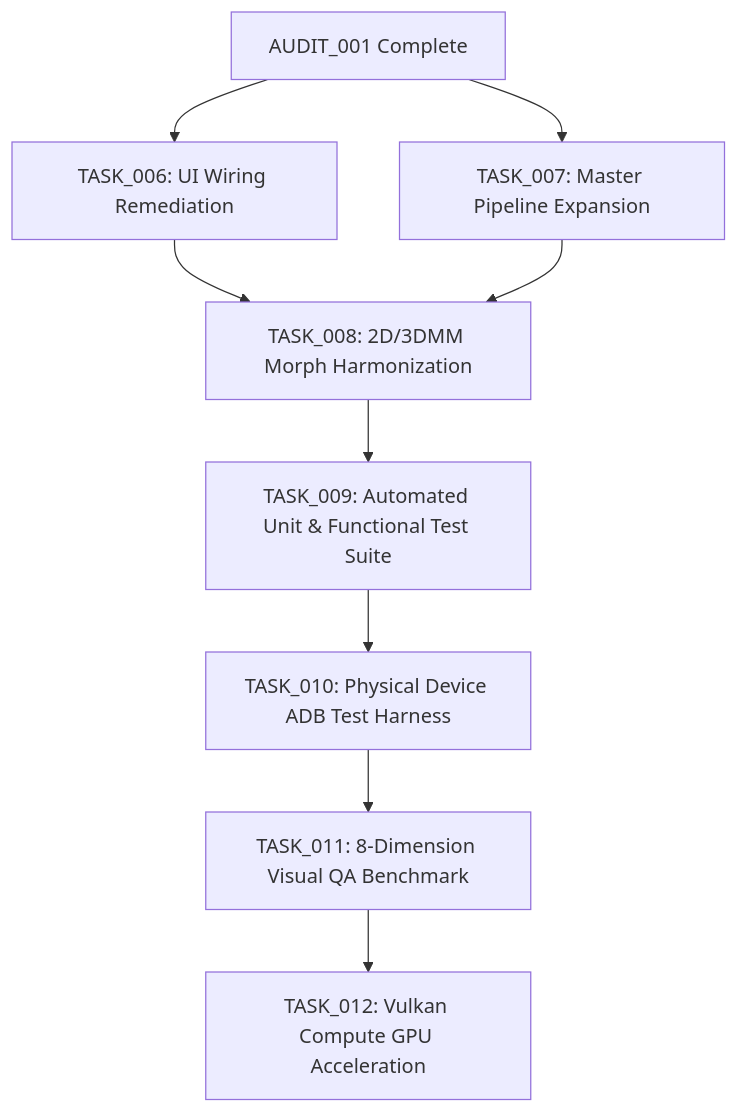
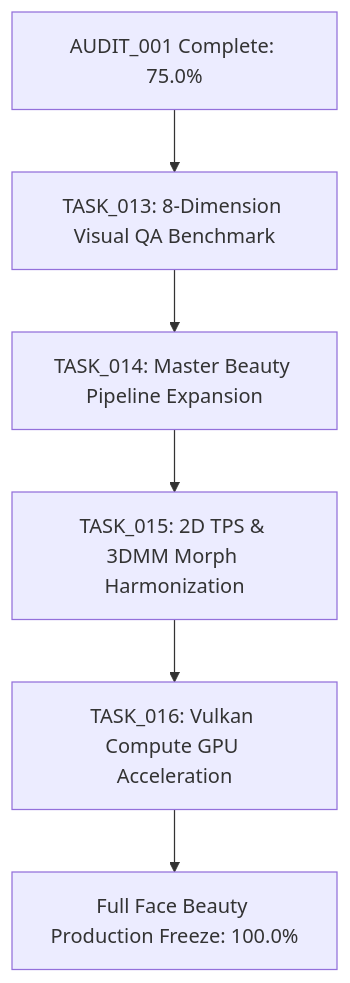
Before and after one commit to netvietsoft/AI-Studio-convert2: the diagram in .ai/reports/AUDIT_001_FACE_BEAUTY_MODULE_COMPLETENESS_AND_DEVICE_READINESS/05_RECOMMENDED_TASK_GRAPH.md, drawn with Mermaid. The commit also changed other lines of this file and 6 other files, not shown here.

Commit message:
docs(audit): submit AUDIT_001 face beauty completeness package for TASK_005 (baseline 478107a)

````diff
--- a/.ai/reports/AUDIT_001_FACE_BEAUTY_MODULE_COMPLETENESS_AND_DEVICE_READINESS/05_RECOMMENDED_TASK_GRAPH.md
+++ b/.ai/reports/AUDIT_001_FACE_BEAUTY_MODULE_COMPLETENESS_AND_DEVICE_READINESS/05_RECOMMENDED_TASK_GRAPH.md
@@ -16,11 +22,8 @@
 ```mermaid
 graph TD
-    A[AUDIT_001 Complete] --> B[TASK_006: UI Wiring Remediation]
-    A --> C[TASK_007: Master Pipeline Expansion]
-    B --> D[TASK_008: 2D/3DMM Morph Harmonization]
-    C --> D
-    D --> E[TASK_009: Automated Unit & Functional Test Suite]
-    E --> F[TASK_010: Physical Device ADB Test Harness]
-    F --> G[TASK_011: 8-Dimension Visual QA Benchmark]
-    G --> H[TASK_012: Vulkan Compute GPU Acceleration]
+    A[AUDIT_001 Complete: 75.0%] --> B[TASK_013: 8-Dimension Visual QA Benchmark]
+    B --> C[TASK_014: Master Beauty Pipeline Expansion]
+    C --> D[TASK_015: 2D TPS & 3DMM Morph Harmonization]
+    D --> E[TASK_016: Vulkan Compute GPU Acceleration]
+    E --> F[Full Face Beauty Production Freeze: 100.0%]
 ```
````
